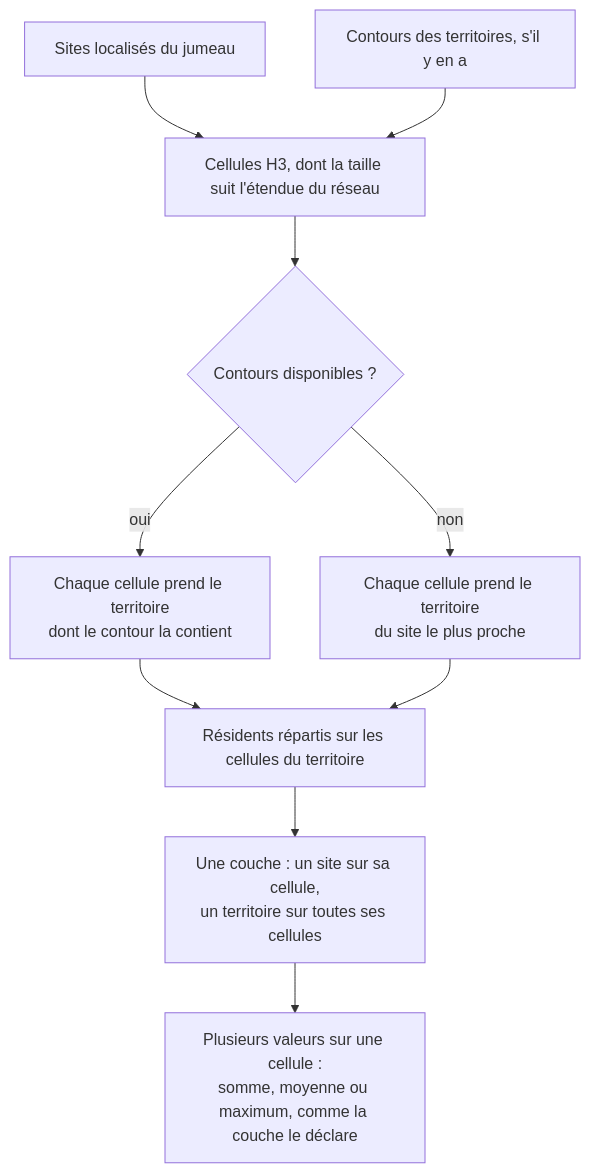
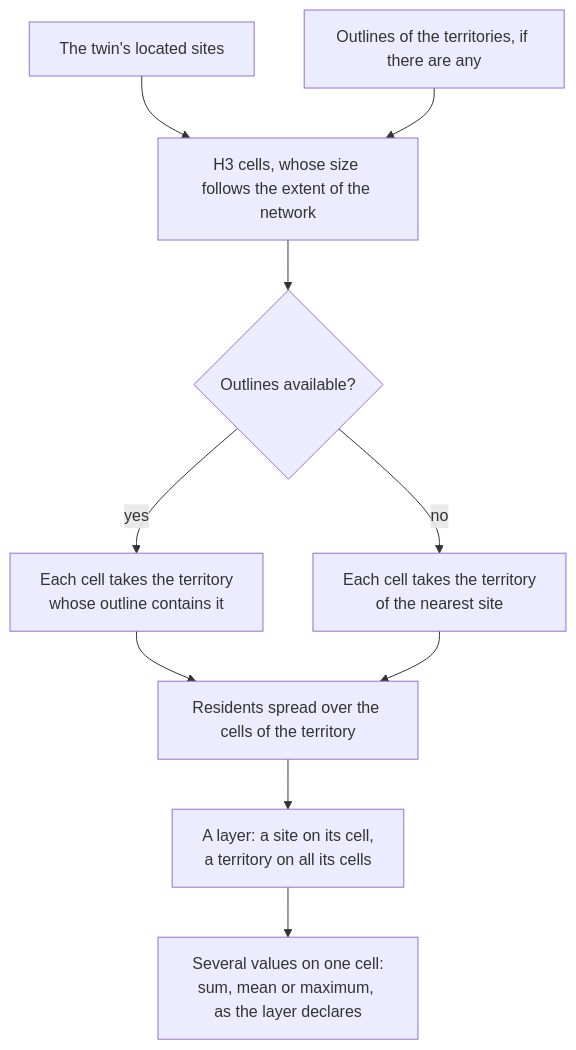
One commit to V1ktor7/obscyro changed the eighth of 30 diagrams in frontend/content/docs/product/algorithms.md. Above: the diagram before and after it, drawn with Mermaid. The commit also changed other lines of this file and 15 other files, not shown here.

First line of the commit message:
feat(site): les pages produit du site passent en anglais

````diff
--- a/frontend/content/docs/product/algorithms.md
+++ b/frontend/content/docs/product/algorithms.md
@@ -282,12 +283,12 @@
 ```mermaid
 flowchart TD
-    A["Sites localisés du jumeau"] --> G["Cellules H3, dont la taille suit l'étendue du réseau"]
-    B["Contours des territoires, s'il y en a"] --> G
-    G --> C{"Contours disponibles ?"}
-    C -->|"oui"| D["Chaque cellule prend le territoire<br/>dont le contour la contient"]
-    C -->|"non"| E["Chaque cellule prend le territoire<br/>du site le plus proche"]
-    D --> F["Résidents répartis sur les cellules du territoire"]
+    A["The twin's located sites"] --> G["H3 cells, whose size follows the extent of the network"]
+    B["Outlines of the territories, if there are any"] --> G
+    G --> C{"Outlines available?"}
+    C -->|"yes"| D["Each cell takes the territory<br/>whose outline contains it"]
+    C -->|"no"| E["Each cell takes the territory<br/>of the nearest site"]
+    D --> F["Residents spread over the cells of the territory"]
     E --> F
-    F --> H["Une couche : un site sur sa cellule,<br/>un territoire sur toutes ses cellules"]
-    H --> I["Plusieurs valeurs sur une cellule :<br/>somme, moyenne ou maximum, comme la couche le déclare"]
+    F --> H["A layer: a site on its cell,<br/>a territory on all its cells"]
+    H --> I["Several values on one cell:<br/>sum, mean or maximum, as the layer declares"]
 ```
````
